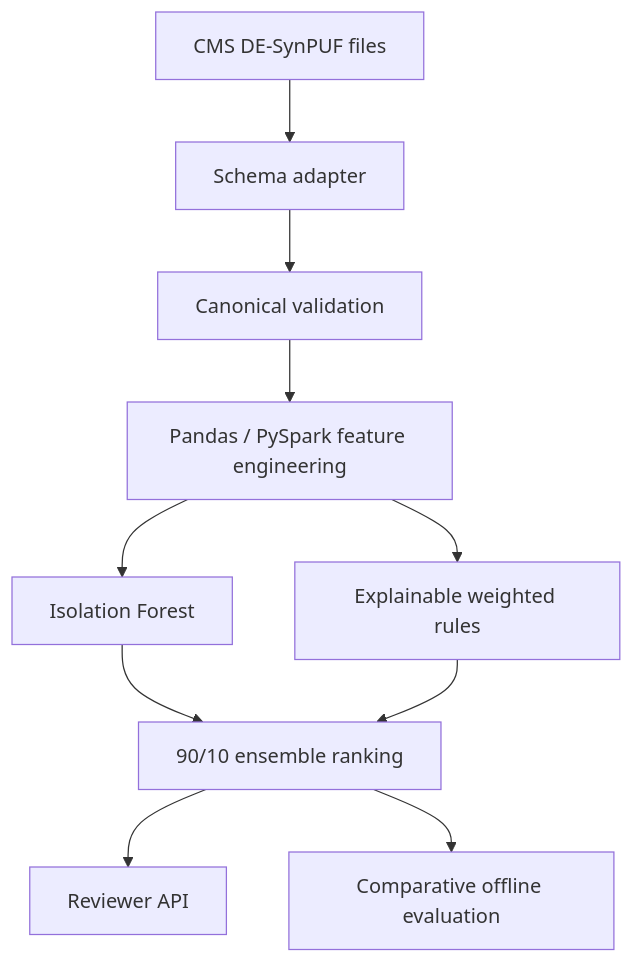
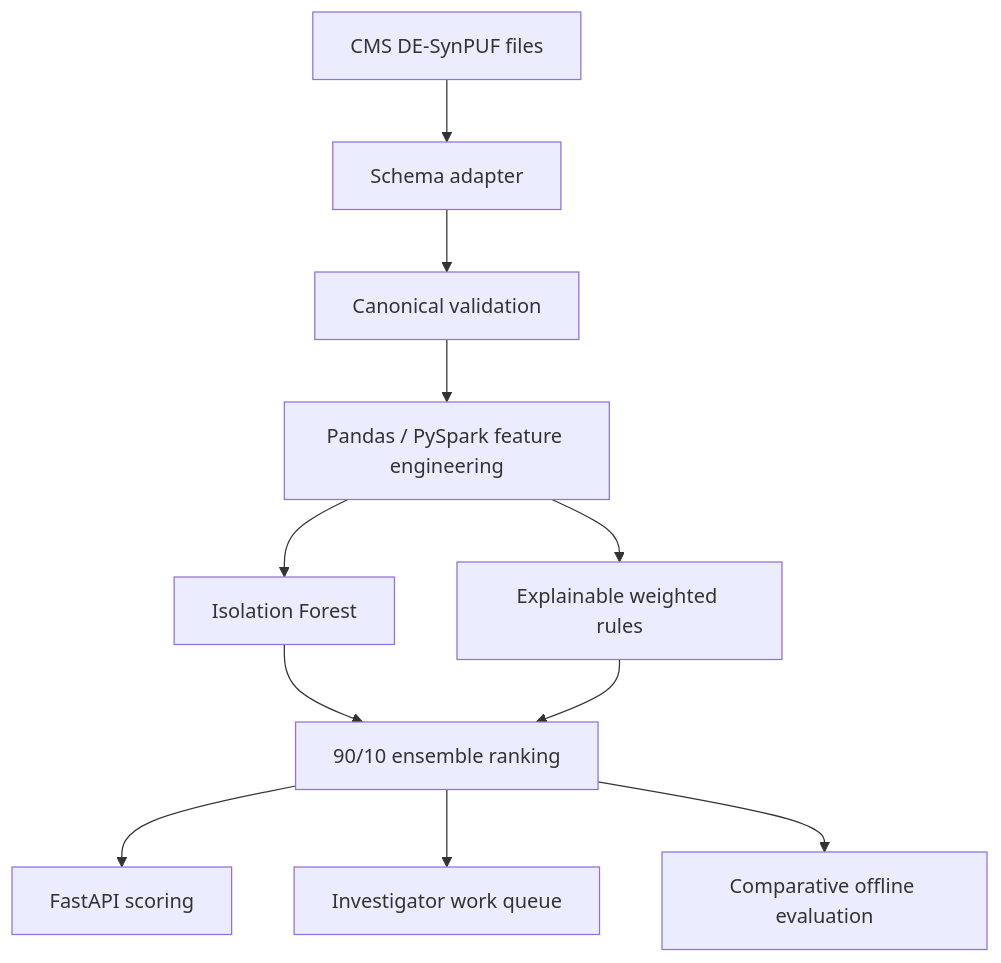
One commit to GowthamKondabolu/claim-guard changed the diagram in docs/architecture.md. Above: the diagram before and after it, drawn with Mermaid. The commit also changed other lines of this file and 3 other files, not shown here.

````diff
--- a/docs/architecture.md
+++ b/docs/architecture.md
@@ -45,12 +46,13 @@
 ```mermaid
 flowchart TD
     A["CMS DE-SynPUF files"] --> B["Schema adapter"]
     B --> C["Canonical validation"]
     C --> D["Pandas / PySpark feature engineering"]
     D --> E["Isolation Forest"]
     D --> F["Explainable weighted rules"]
     E --> G["90/10 ensemble ranking"]
     F --> G
-    G --> H["Reviewer API"]
-    G --> I["Comparative offline evaluation"]
+    G --> H["FastAPI scoring"]
+    G --> I["Investigator work queue"]
+    G --> J["Comparative offline evaluation"]
 ```
````
